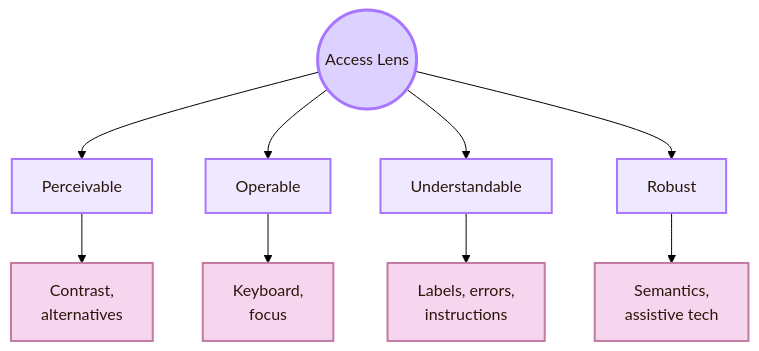
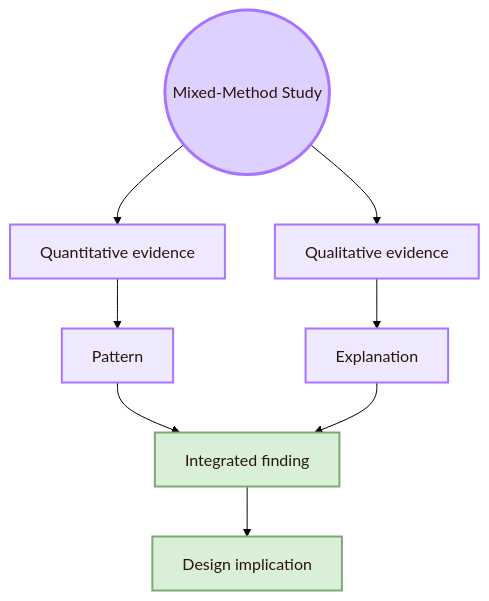
The fourth of 5 diagrams in 01_Core_Area_HCI/001_Subareas/03_Evaluating_the_Design/Activities/Overview_Evaluating_Design_Cognishire_polished.md (andreitegzes06-ui/CogniShire), drawn with Mermaid (forest theme) before and after one commit. The commit also changed other lines of this file and 131 other files, not shown here.

````diff
--- a/01_Core_Area_HCI/001_Subareas/03_Evaluating_the_Design/Activities/Overview_Evaluating_Design_Cognishire_polished.md
+++ b/01_Core_Area_HCI/001_Subareas/03_Evaluating_the_Design/Activities/Overview_Evaluating_Design_Cognishire_polished.md
@@ -340,22 +332,23 @@
 ```mermaid
 flowchart TB
-    A((Access Lens))
+    A((Mixed-Method Study))
 
-    A --> B[Perceivable]
-    A --> C[Operable]
-    A --> D[Understandable]
-    A --> E[Robust]
+    A --> B[Quantitative evidence]
+    A --> C[Qualitative evidence]
 
-    B --> B1[Contrast,<br/>alternatives]
-    C --> C1[Keyboard,<br/>focus]
-    D --> D1[Labels, errors,<br/>instructions]
-    E --> E1[Semantics,<br/>assistive tech]
+    B --> D[Pattern]
+    C --> E[Explanation]
+
+    D --> F[Integrated finding]
+    E --> F
+
+    F --> G[Design implication]
 
     classDef center fill:#ddd2ff,stroke:#a875ff,color:#2b160b,stroke-width:3px;
     classDef node fill:#eee9ff,stroke:#a875ff,color:#2b160b,stroke-width:2px;
-    classDef detail fill:#f6d6ee,stroke:#c27aa2,color:#2b160b,stroke-width:2px;
+    classDef final fill:#d9efd7,stroke:#7cab72,color:#2b160b,stroke-width:2px;
 
     class A center;
     class B,C,D,E node;
-    class B1,C1,D1,E1 detail;
+    class F,G final;
 ```
````
